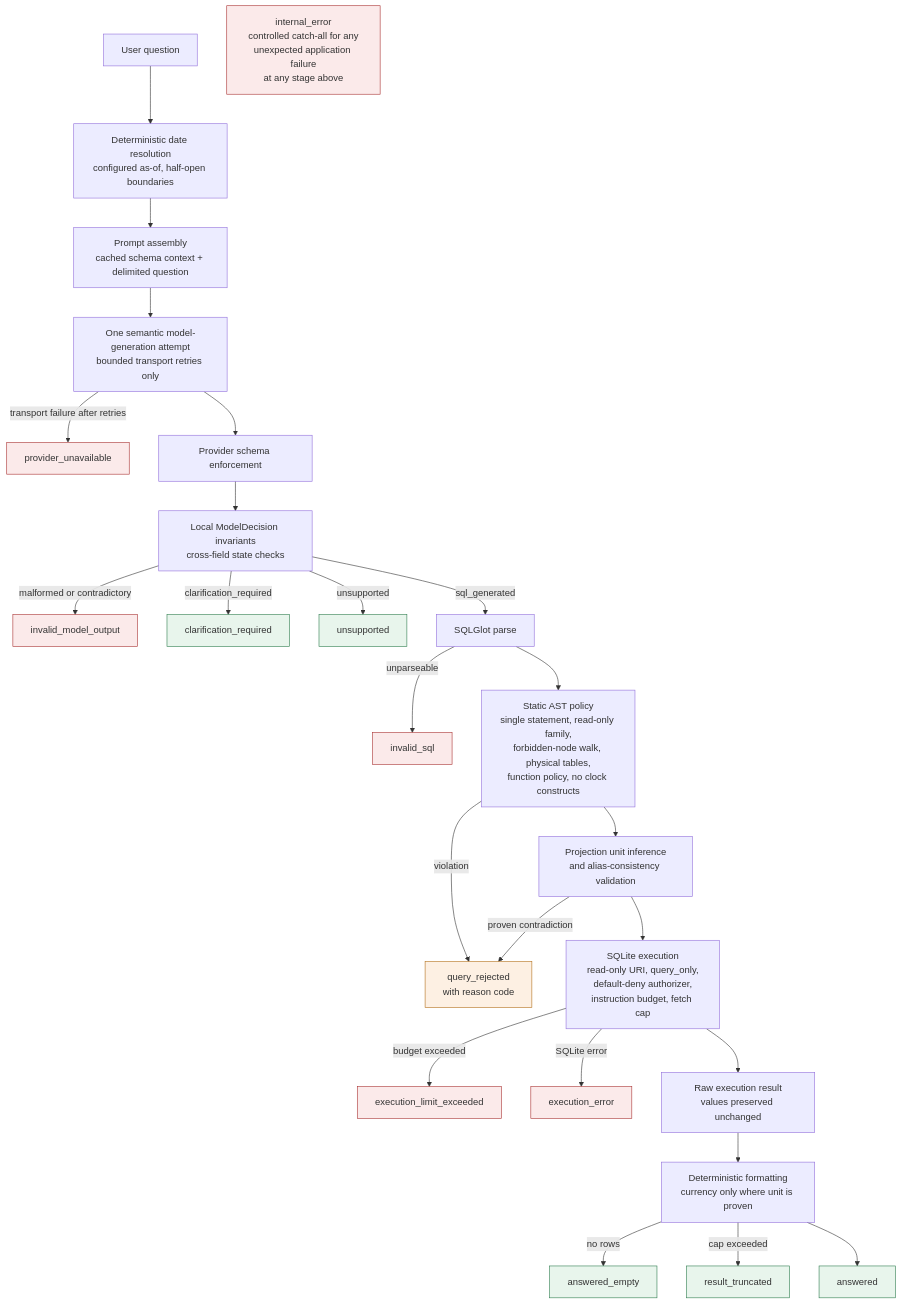
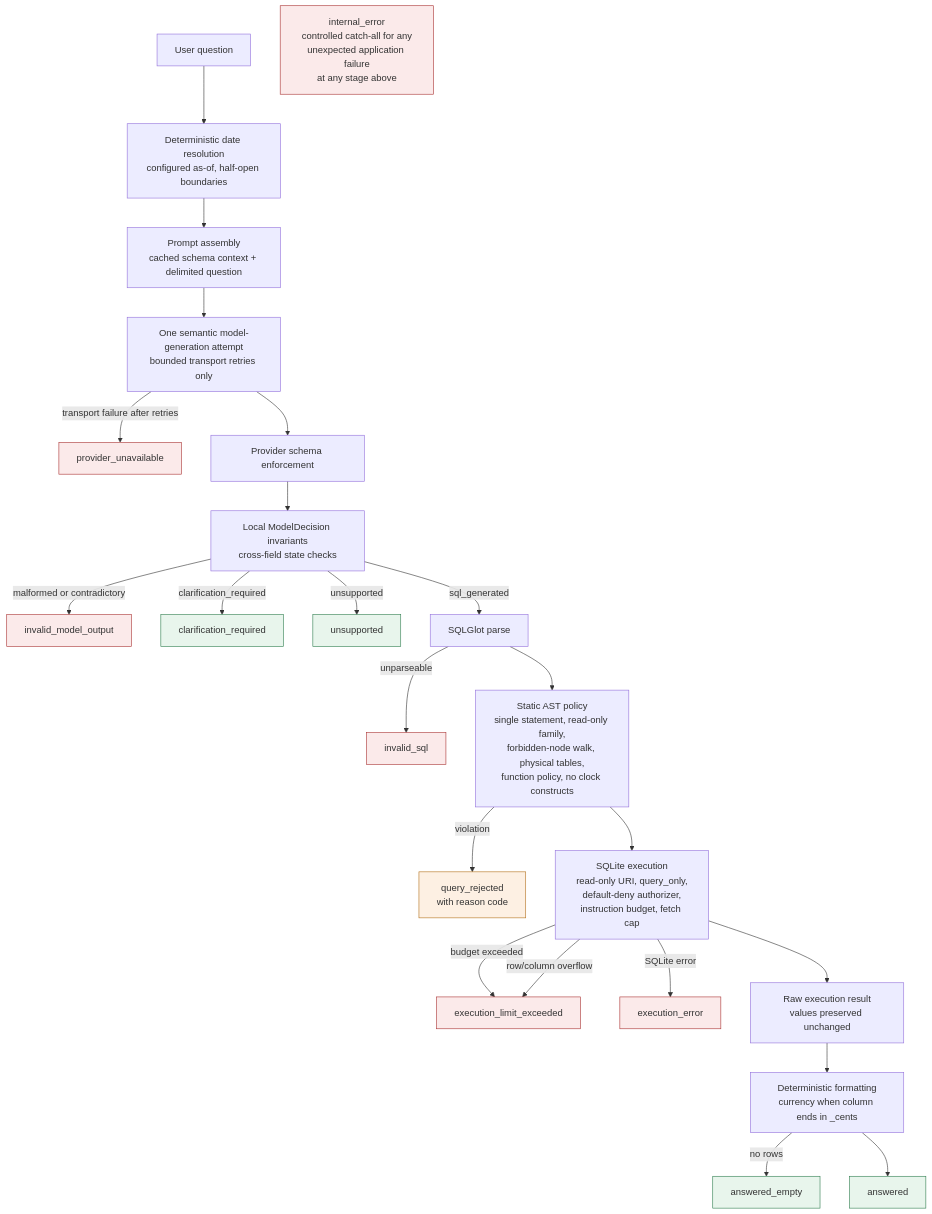
One commit to robin-raq/bse-nlq-agent changed the first of 2 diagrams in docs/diagrams/request-flow.md. Above: the diagram before and after it, drawn with Mermaid. The commit also changed other lines of this file and 10 other files, not shown here.

````diff
--- a/docs/diagrams/request-flow.md
+++ b/docs/diagrams/request-flow.md
@@ -13,42 +8,39 @@
 ```mermaid
 flowchart TD
     q["User question"] --> dates["Deterministic date resolution<br/>configured as-of, half-open boundaries"]
     dates --> prompt["Prompt assembly<br/>cached schema context + delimited question"]
     prompt --> gen["One semantic model-generation attempt<br/>bounded transport retries only"]
 
     gen -->|"transport failure after retries"| S_prov["provider_unavailable"]
     gen --> shape["Provider schema enforcement"]
     shape --> inv["Local ModelDecision invariants<br/>cross-field state checks"]
 
     inv -->|"malformed or contradictory"| S_bad["invalid_model_output"]
     inv -->|"clarification_required"| S_clar["clarification_required"]
     inv -->|"unsupported"| S_unsup["unsupported"]
     inv -->|"sql_generated"| parse["SQLGlot parse"]
 
     parse -->|"unparseable"| S_invalid["invalid_sql"]
     parse --> policy["Static AST policy<br/>single statement, read-only family,<br/>forbidden-node walk, physical tables,<br/>function policy, no clock constructs"]
 
     policy -->|"violation"| S_rej["query_rejected<br/>with reason code"]
-    policy --> units["Projection unit inference<br/>and alias-consistency validation"]
-
-    units -->|"proven contradiction"| S_rej
-    units --> exec["SQLite execution<br/>read-only URI, query_only,<br/>default-deny authorizer,<br/>instruction budget, fetch cap"]
+    policy --> exec["SQLite execution<br/>read-only URI, query_only,<br/>default-deny authorizer,<br/>instruction budget, fetch cap"]
 
     exec -->|"budget exceeded"| S_limit["execution_limit_exceeded"]
     exec -->|"SQLite error"| S_execerr["execution_error"]
+    exec -->|"row/column overflow"| S_limit
     exec --> raw["Raw execution result<br/>values preserved unchanged"]
 
-    raw --> fmt["Deterministic formatting<br/>currency only where unit is proven"]
+    raw --> fmt["Deterministic formatting<br/>currency when column ends in _cents"]
     fmt -->|"no rows"| S_empty["answered_empty"]
-    fmt -->|"cap exceeded"| S_trunc["result_truncated"]
     fmt --> S_ok["answered"]
 
     S_int["internal_error<br/>controlled catch-all for any<br/>unexpected application failure<br/>at any stage above"]
 
     classDef ok fill:#e8f5ec,stroke:#2f7d4f
     classDef blocked fill:#fdf0e3,stroke:#b3701a
     classDef failed fill:#fbeaea,stroke:#a33
-    class S_ok,S_empty,S_trunc,S_clar,S_unsup ok
+    class S_ok,S_empty,S_clar,S_unsup ok
     class S_rej blocked
     class S_bad,S_invalid,S_limit,S_execerr,S_prov,S_int failed
 ```
````
